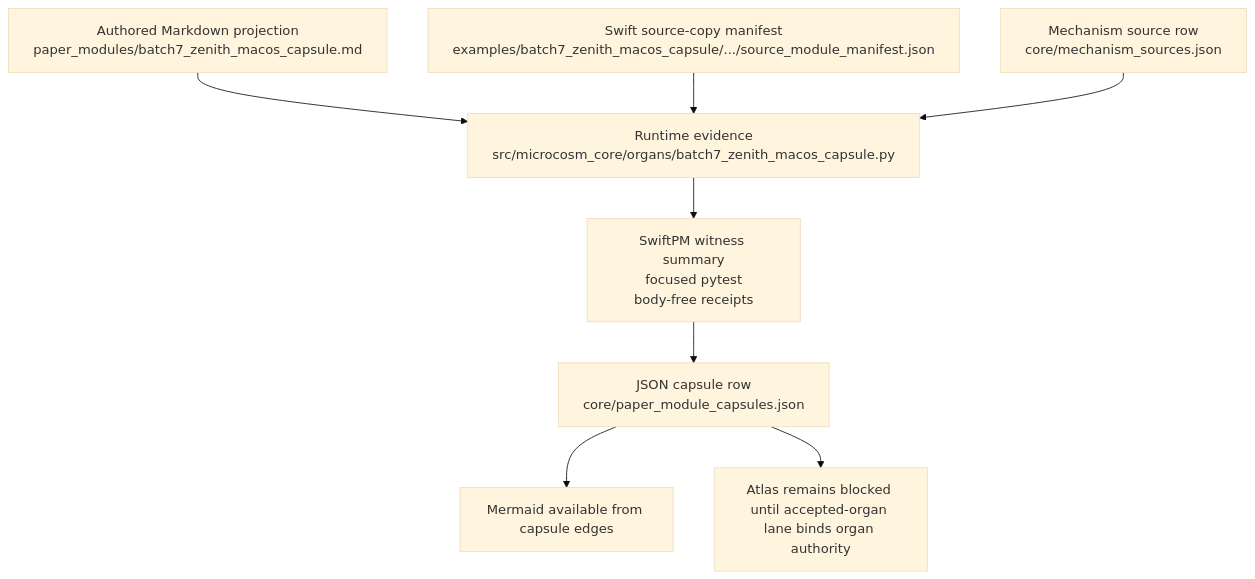
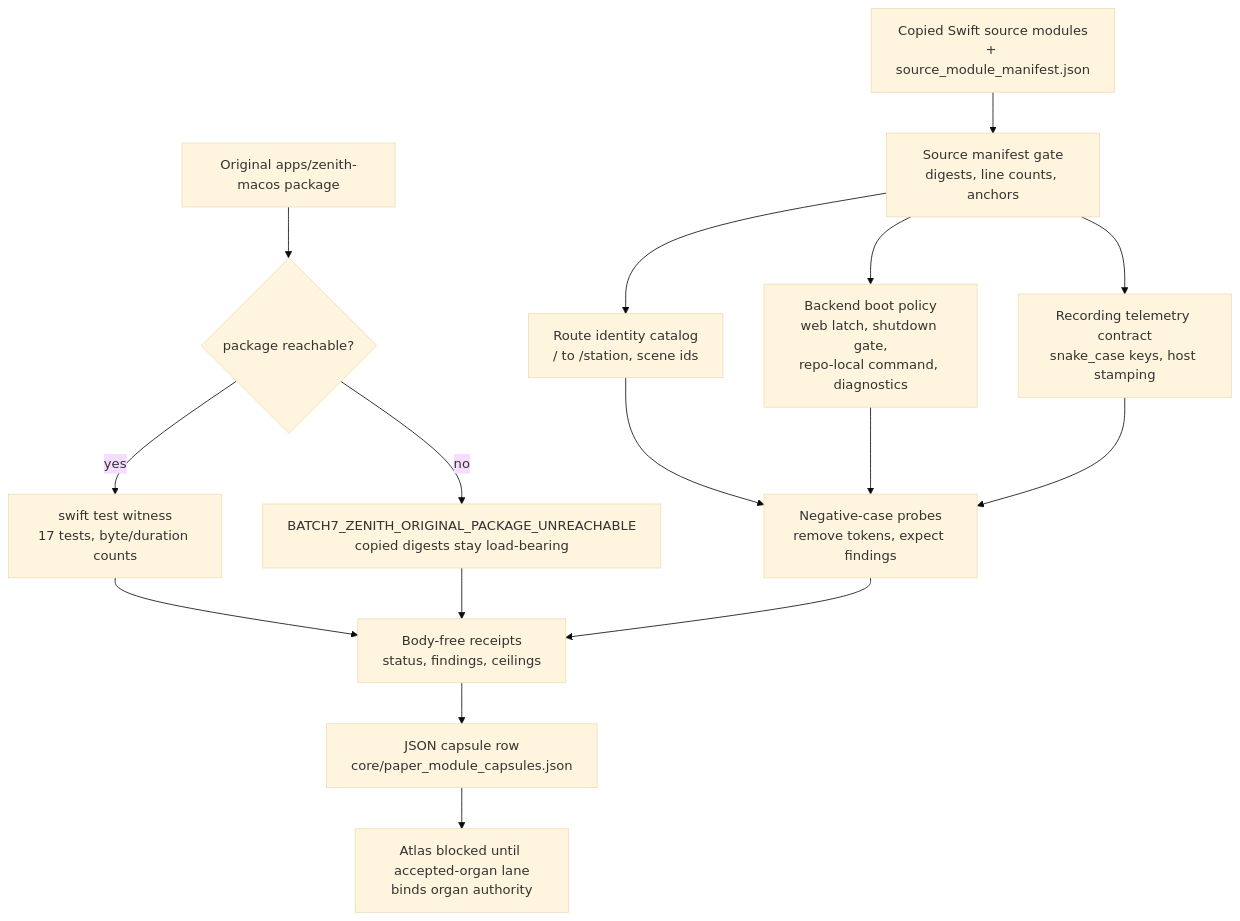
One commit to wcook04/plectis changed the diagram in paper_modules/batch7_zenith_macos_capsule.md. Above: the diagram before and after it, drawn with Mermaid (base theme). The commit also changed other lines of this file and 90 other files, not shown here.

First line of the commit message:
microcosm: enrich public paper-module prose and Shape diagrams (91 modules)

````diff
--- a/paper_modules/batch7_zenith_macos_capsule.md
+++ b/paper_modules/batch7_zenith_macos_capsule.md
@@ -45,10 +82,18 @@
 ```mermaid
 flowchart TD
-    A["Authored Markdown projection<br/>paper_modules/batch7_zenith_macos_capsule.md"] --> B["Runtime evidence<br/>src/microcosm_core/organs/batch7_zenith_macos_capsule.py"]
-    C["Swift source-copy manifest<br/>examples/batch7_zenith_macos_capsule/.../source_module_manifest.json"] --> B
-    D["Mechanism source row<br/>core/mechanism_sources.json"] --> B
-    B --> E["SwiftPM witness summary<br/>focused pytest<br/>body-free receipts"]
-    E --> F["JSON capsule row<br/>core/paper_module_capsules.json"]
-    F --> G["Mermaid available from capsule edges"]
-    F --> H["Atlas remains blocked until accepted-organ lane binds organ authority"]
+    M["Copied Swift source modules<br/>+ source_module_manifest.json"] --> G["Source manifest gate<br/>digests, line counts, anchors"]
+    G --> E1["Route identity catalog<br/>/ to /station, scene ids"]
+    G --> E2["Backend boot policy<br/>web latch, shutdown gate,<br/>repo-local command, diagnostics"]
+    G --> E3["Recording telemetry contract<br/>snake_case keys, host stamping"]
+    P["Original apps/zenith-macos package"] --> W{"package reachable?"}
+    W -->|yes| WT["swift test witness<br/>17 tests, byte/duration counts"]
+    W -->|no| WB["BATCH7_ZENITH_ORIGINAL_PACKAGE_UNREACHABLE<br/>copied digests stay load-bearing"]
+    E1 --> N["Negative-case probes<br/>remove tokens, expect findings"]
+    E2 --> N
+    E3 --> N
+    WT --> R["Body-free receipts<br/>status, findings, ceilings"]
+    WB --> R
+    N --> R
+    R --> C["JSON capsule row<br/>core/paper_module_capsules.json"]
+    C --> A["Atlas blocked until accepted-organ lane<br/>binds organ authority"]
 ```
````
